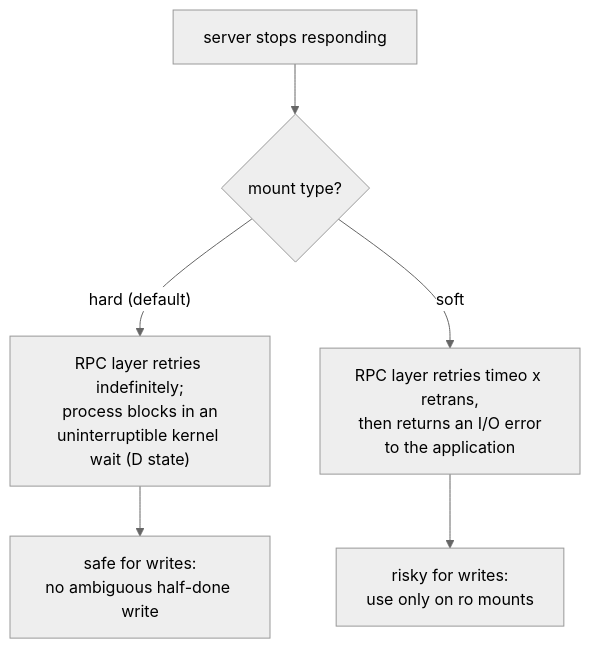
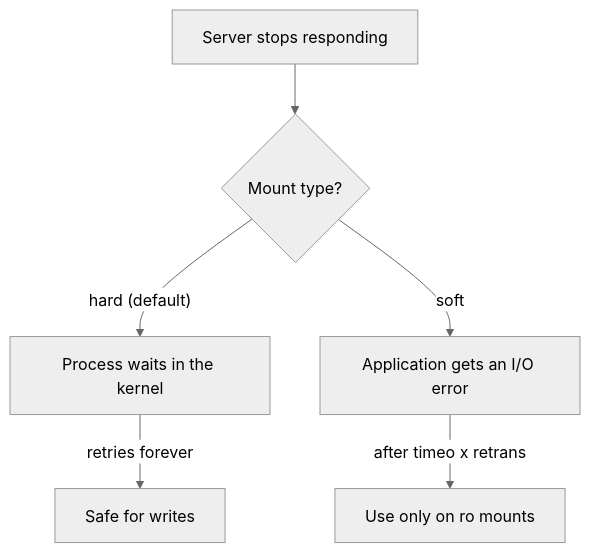
Before and after one commit to astrona-io/ATS004: the diagram in sections/section-020/module-02/course-02-mounting-readonly-and-server-down.md, drawn with Mermaid (neutral theme). The commit also changed other lines of this file and 287 other files, not shown here.

````diff
--- a/sections/section-020/module-02/course-02-mounting-readonly-and-server-down.md
+++ b/sections/section-020/module-02/course-02-mounting-readonly-and-server-down.md
@@ -65,8 +63,8 @@
 ```mermaid
-flowchart TD
-    Down["server stops responding"] --> Type{"mount type?"}
-    Type -->|"hard (default)"| Hard["RPC layer retries indefinitely;<br/>process blocks in an<br/>uninterruptible kernel wait (D state)"]
-    Type -->|soft| Soft["RPC layer retries timeo x retrans,<br/>then returns an I/O error<br/>to the application"]
-    Hard --> HardNote["safe for writes:<br/>no ambiguous half-done write"]
-    Soft --> SoftNote["risky for writes:<br/>use only on ro mounts"]
+flowchart TB
+    Down["Server stops responding"] --> Type{"Mount type?"}
+    Type -->|"hard (default)"| Hard["Process waits in the kernel"]
+    Type -->|"soft"| Soft["Application gets an I/O error"]
+    Hard -->|"retries forever"| HardNote["Safe for writes"]
+    Soft -->|"after timeo x retrans"| SoftNote["Use only on ro mounts"]
 ```
````
